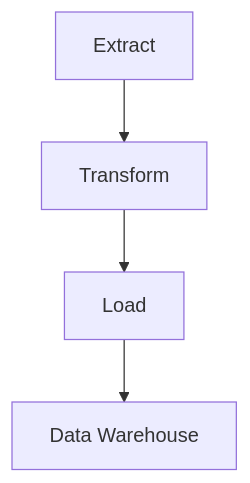
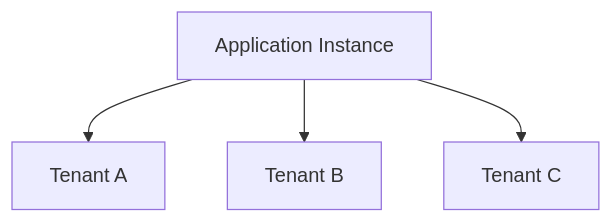
One commit to nogeniuss/arquiteturas-de-software changed the tenth of 15 diagrams in README.md. Above: the diagram before and after it, drawn with Mermaid. The commit also changed other lines of this file, not shown here.

````diff
--- a/README.md
+++ b/README.md
@@ -98,6 +86,6 @@
 ```mermaid
 graph TD
-    A[Extract] --> B[Transform]
-    B --> C[Load]
-    C --> D[Data Warehouse]
+    A[Application Instance] --> B[Tenant A]
+    A --> C[Tenant B]
+    A --> D[Tenant C]
 ```
````
